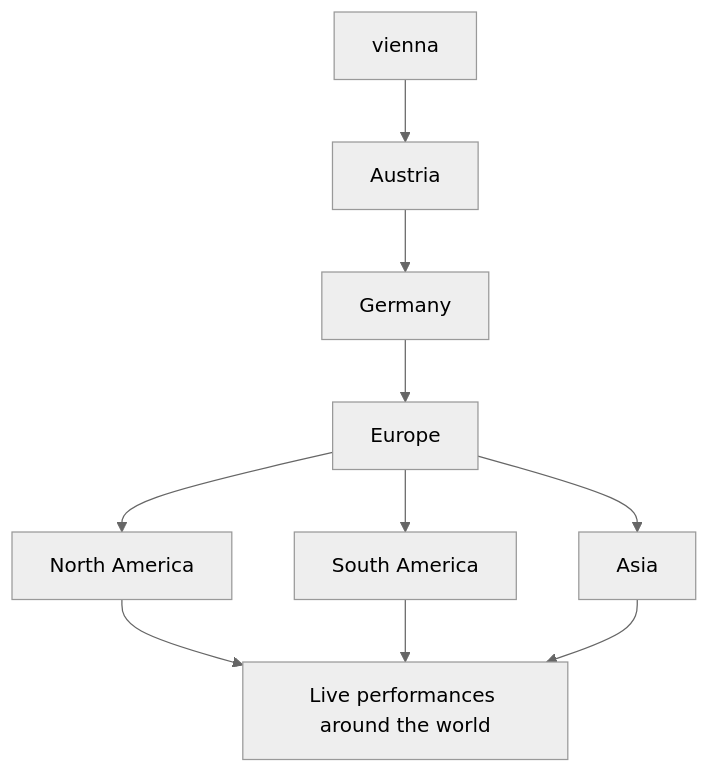
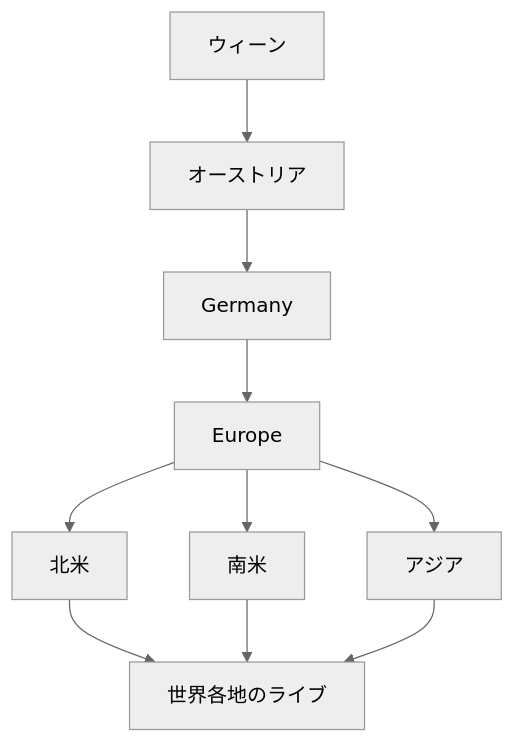
Before and after one commit to monumental-movement/monumental-movement.github.io: the ninth of 12 diagrams in en/_posts/2026-07-19-column-hvob.md, drawn with Mermaid (neutral theme). The commit also changed other lines of this file and 2196 other files, not shown here.

```diff
--- a/en/_posts/2026-07-19-column-hvob.md
+++ b/en/_posts/2026-07-19-column-hvob.md
@@ -652,21 +652,21 @@
 <div class="mermaid">
 graph TD
 
-A[vienna]
+A[ウィーン]
 
-A --> B[Austria]
+A --> B[オーストリア]
 
 B --> C[Germany]
 
 C --> D[Europe]
 
-D --> E[North America]
+D --> E[北米]
 
-D --> F[South America]
+D --> F[南米]
 
-D --> G[Asia]
+D --> G[アジア]
 
-E --> H[Live performances around the world]
+E --> H[世界各地のライブ]
 F --> H
 G --> H
 </div>
```
